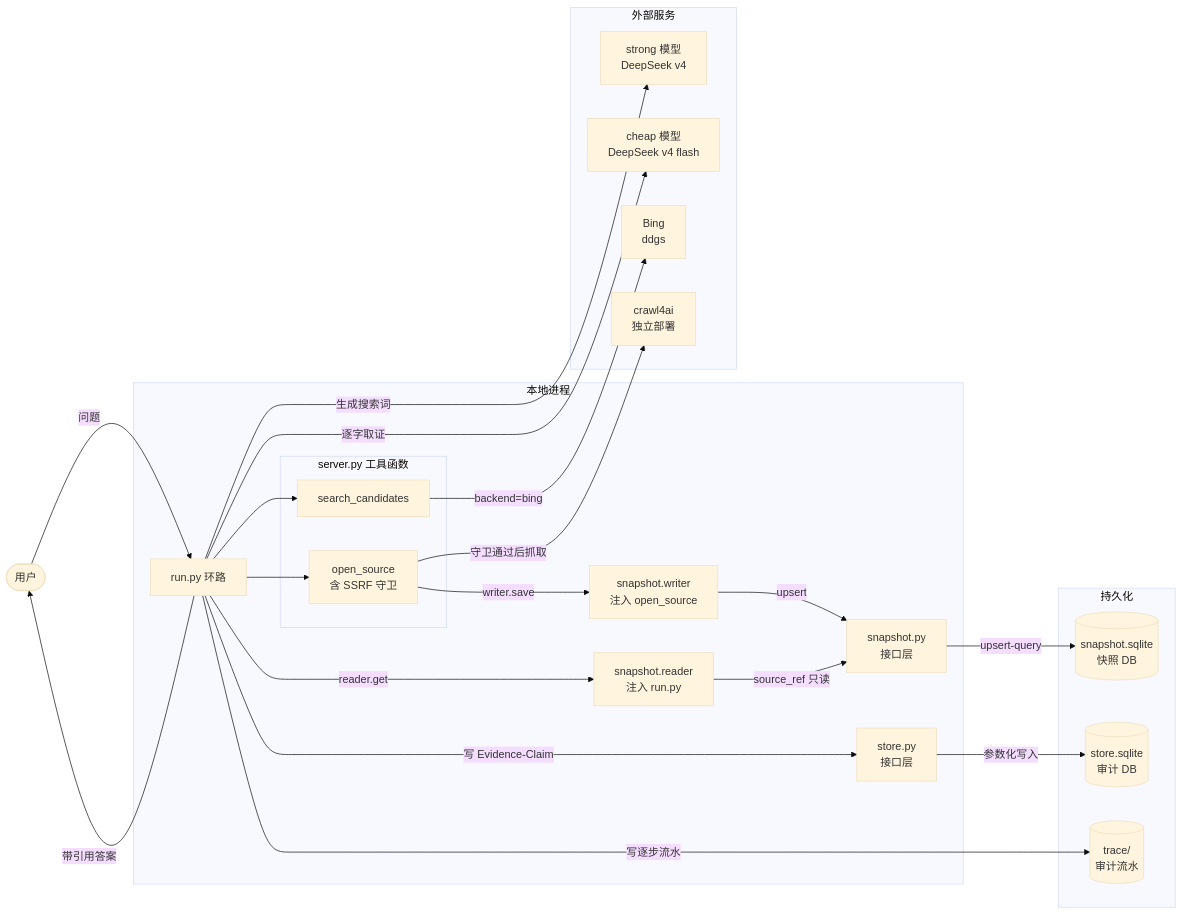
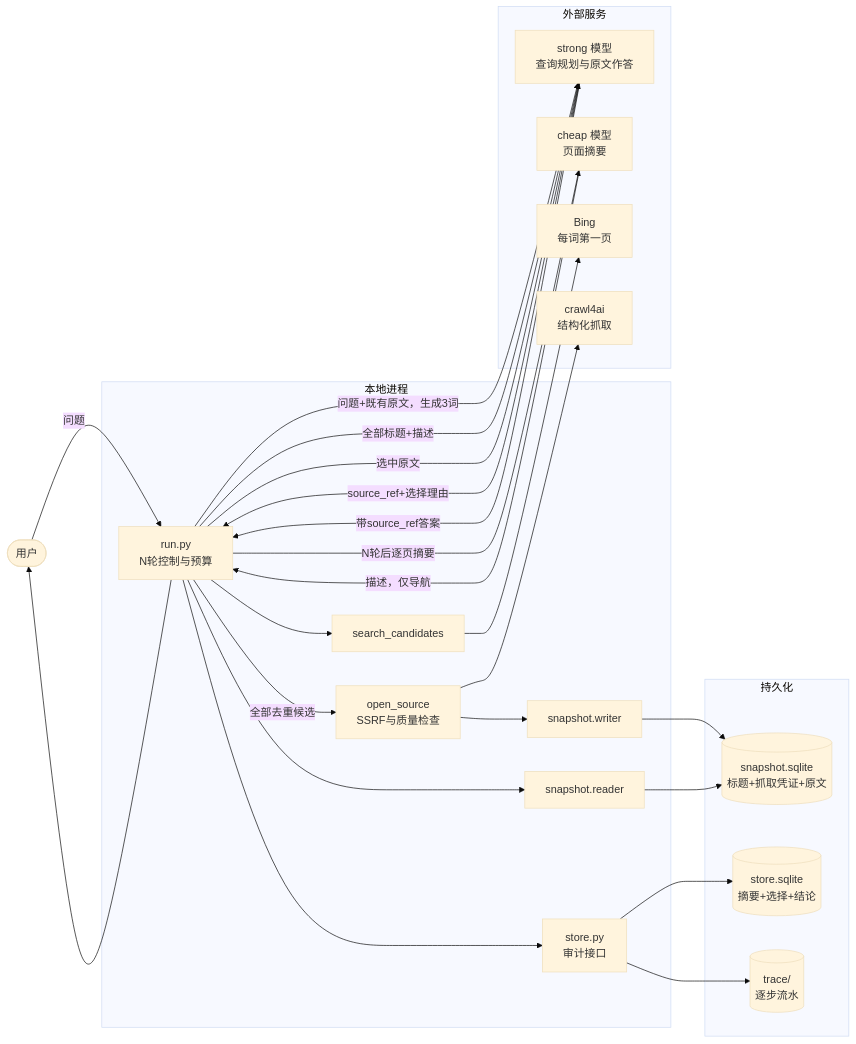
Before and after one commit to SuperCatQR/traceable-research-runtime: the second of 3 diagrams in docs/web-search-architecture.md, drawn with Mermaid (base theme). The commit also changed other lines of this file, not shown here.

Commit message:
docs: redesign web search as multi-round full-crawl pipeline

````diff
--- a/docs/web-search-architecture.md
+++ b/docs/web-search-architecture.md
@@ -131,46 +137,42 @@
 ```mermaid
 flowchart LR
     U([用户])
 
     subgraph P["本地进程"]
-        R["run.py 环路"]
-        subgraph SRV["server.py 工具函数"]
-            SC[search_candidates]
-            OS["open_source<br/>含 SSRF 守卫"]
-        end
-        ST["store.py<br/>接口层"]
-        SN["snapshot.py<br/>接口层"]
-        SNW["snapshot.writer<br/>注入 open_source"]
-        SNR["snapshot.reader<br/>注入 run.py"]
+        R["run.py<br/>N轮控制与预算"]
+        SC["search_candidates"]
+        OS["open_source<br/>SSRF与质量检查"]
+        ST["store.py<br/>审计接口"]
+        SW["snapshot.writer"]
+        SR["snapshot.reader"]
     end
 
-    subgraph EXT["外部服务"]
-        SE["Bing<br/>ddgs"]
-        CR["crawl4ai<br/>独立部署"]
-        S["strong 模型<br/>DeepSeek v4"]
-        C["cheap 模型<br/>DeepSeek v4 flash"]
+    subgraph E["外部服务"]
+        S["strong 模型<br/>查询规划与原文作答"]
+        C["cheap 模型<br/>页面摘要"]
+        B["Bing<br/>每词第一页"]
+        CR["crawl4ai<br/>结构化抓取"]
     end
 
-    subgraph DB_LAYER["持久化"]
-        SNAPDB[("snapshot.sqlite<br/>快照 DB")]
-        AUDITDB[("store.sqlite<br/>审计 DB")]
-        TR[("trace/<br/>审计流水")]
+    subgraph D["持久化"]
+        SD[("snapshot.sqlite<br/>标题+抓取凭证+原文")]
+        AD[("store.sqlite<br/>摘要+选择+结论")]
+        TR[("trace/<br/>逐步流水")]
     end
 
     U -->|问题| R
-    R -->|生成搜索词| S
-    R -->|逐字取证| C
-    R --> SC
-    SC -->|backend=bing| SE
-    R --> OS
-    OS -->|守卫通过后抓取| CR
-    OS -->|writer.save| SNW
-    SNW -->|upsert| SN
-    SN -->|upsert-query| SNAPDB
-    R -->|reader.get| SNR
-    SNR -->|source_ref 只读| SN
-    R -->|写 Evidence-Claim| ST
-    ST -->|参数化写入| AUDITDB
-    R -->|写逐步流水| TR
-    R -->|带引用答案| U
+    R -->|问题+既有原文，生成3词| S
+    R --> SC --> B
+    R -->|全部去重候选| OS --> CR
+    OS --> SW --> SD
+    R --> SR --> SD
+    R -->|N轮后逐页摘要| C
+    C -->|描述，仅导航| R
+    R -->|全部标题+描述| S
+    S -->|source_ref+选择理由| R
+    R -->|选中原文| S
+    S -->|带source_ref答案| R
+    R --> ST --> AD
+    ST --> TR
+    R --> U
 ```
````
